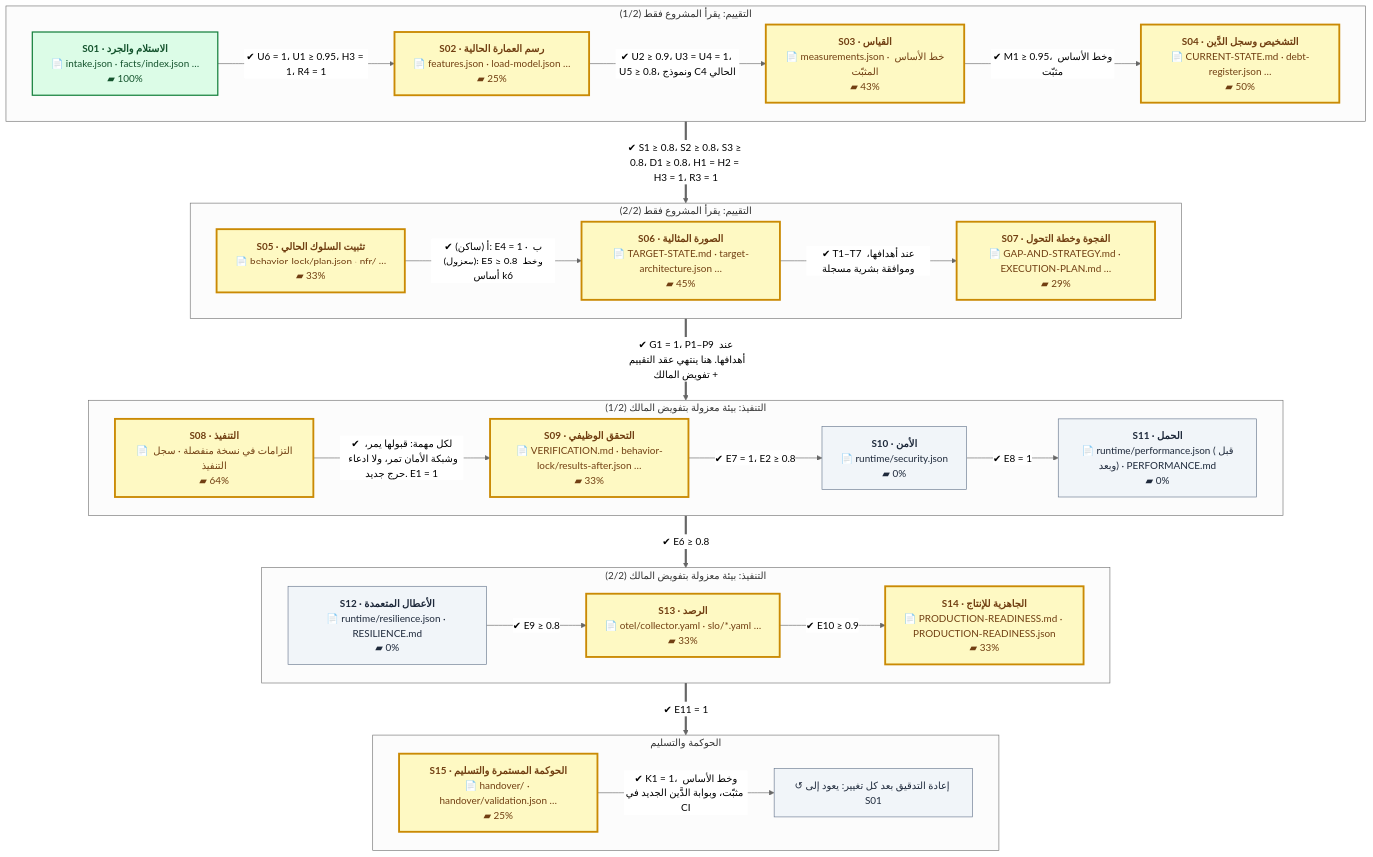
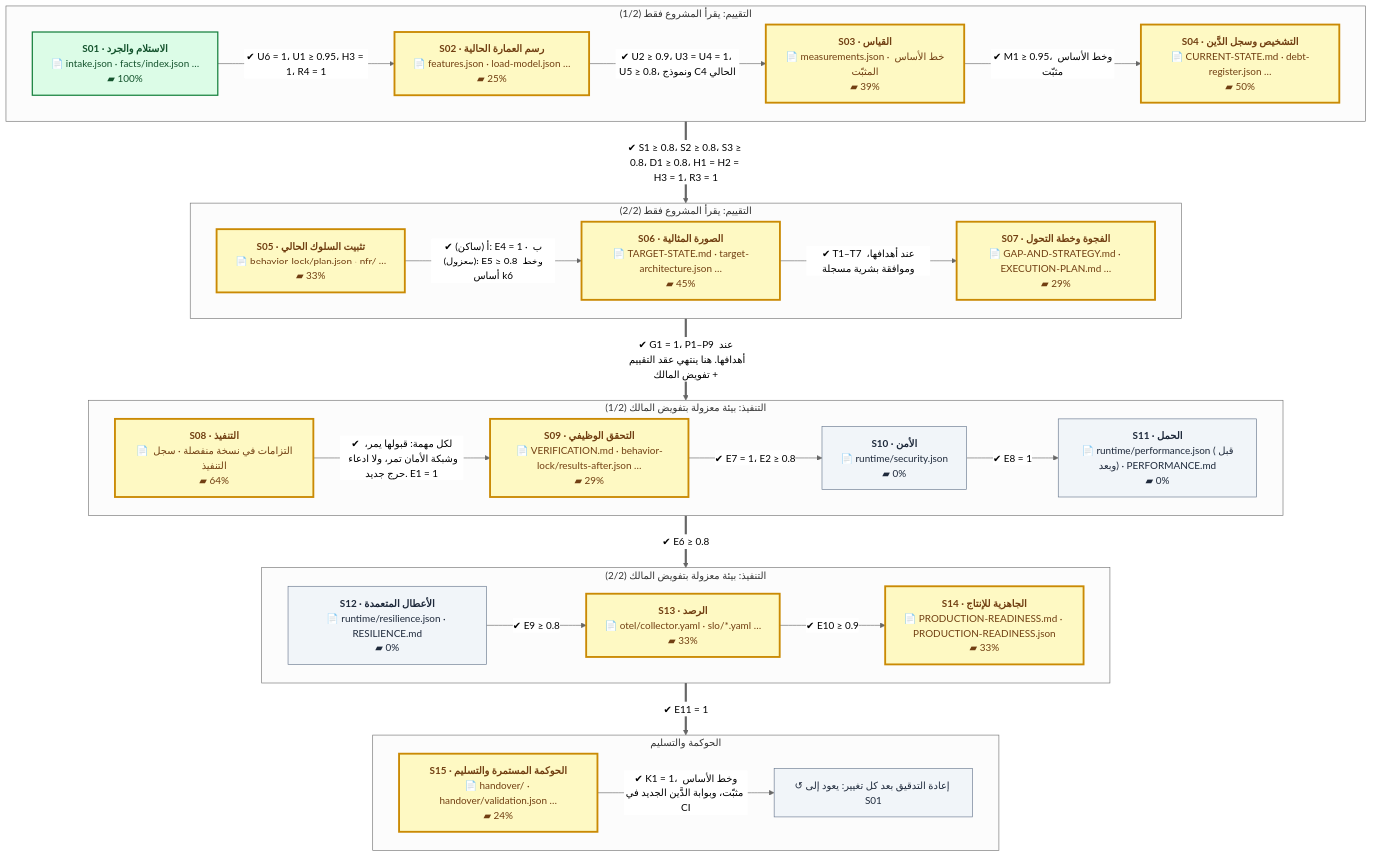
The first of 2 diagrams in README.md (eom1417/engineering-audit-os), drawn with Mermaid (neutral theme) before and after one commit. The commit also changed other lines of this file and 6 other files, not shown here.

First line of the commit message:
STEP 1 of NS46.T16: re-plan every existing target (four projects + EAOS roadmap), planned

````diff
--- a/README.md
+++ b/README.md
@@ -52,54 +52,54 @@
 ```mermaid
 %%{init: {'flowchart': {'wrappingWidth': 260, 'nodeSpacing': 40, 'rankSpacing': 60}}}%%
 flowchart TB
     subgraph P1["التقييم: يقرأ المشروع فقط (1/2)"]
         direction LR
         S01["<b>S01 · الاستلام والجرد</b><br/>📄 intake.json · facts/index.json …<br/>▰ 100%"]:::done
         S02["<b>S02 · رسم العمارة الحالية</b><br/>📄 features.json · load-model.json …<br/>▰ 25%"]:::current
-        S03["<b>S03 · القياس</b><br/>📄 measurements.json · خط الأساس المثبّت<br/>▰ 43%"]:::current
+        S03["<b>S03 · القياس</b><br/>📄 measurements.json · خط الأساس المثبّت<br/>▰ 39%"]:::current
         S04["<b>S04 · التشخيص وسجل الدَّين</b><br/>📄 CURRENT-STATE.md · debt-register.json …<br/>▰ 50%"]:::current
         S01 -->|"✔ U6 = 1، U1 ≥ 0.95، H3 = 1، R4 = 1"| S02
         S02 -->|"✔ U2 ≥ 0.9، U3 = U4 = 1، U5 ≥ 0.8، ونموذج C4 الحالي"| S03
         S03 -->|"✔ M1 ≥ 0.95، وخط الأساس مثبّت"| S04
     end
     subgraph P2["التقييم: يقرأ المشروع فقط (2/2)"]
         direction LR
         S05["<b>S05 · تثبيت السلوك الحالي</b><br/>📄 behavior-lock/plan.json · nfr/ …<br/>▰ 33%"]:::current
         S06["<b>S06 · الصورة المثالية</b><br/>📄 TARGET-STATE.md · target-architecture.json …<br/>▰ 45%"]:::current
         S07["<b>S07 · الفجوة وخطة التحول</b><br/>📄 GAP-AND-STRATEGY.md · EXECUTION-PLAN.md …<br/>▰ 29%"]:::current
         S05 -->|"✔ أ (ساكن): E4 = 1 · ب (معزول): E5 ≥ 0.8 وخط أساس k6"| S06
         S06 -->|"✔ T1–T7 عند أهدافها، وموافقة بشرية مسجلة"| S07
     end
     subgraph P3["التنفيذ: بيئة معزولة بتفويض المالك (1/2)"]
         direction LR
         S08["<b>S08 · التنفيذ</b><br/>📄 التزامات في نسخة منفصلة · سجل التنفيذ<br/>▰ 64%"]:::current
-        S09["<b>S09 · التحقق الوظيفي</b><br/>📄 VERIFICATION.md · behavior-lock/results-after.json …<br/>▰ 33%"]:::current
+        S09["<b>S09 · التحقق الوظيفي</b><br/>📄 VERIFICATION.md · behavior-lock/results-after.json …<br/>▰ 29%"]:::current
         S10["<b>S10 · الأمن</b><br/>📄 runtime/security.json<br/>▰ 0%"]:::next
         S11["<b>S11 · الحمل</b><br/>📄 runtime/performance.json (قبل وبعد) · PERFORMANCE.md<br/>▰ 0%"]:::next
         S08 -->|"✔ لكل مهمة: قبولها يمر، وشبكة الأمان تمر، ولا ادعاء حرج جديد. E1 = 1"| S09
         S09 -->|"✔ E7 = 1، E2 ≥ 0.8"| S10
         S10 -->|"✔ E8 = 1"| S11
     end
     subgraph P4["التنفيذ: بيئة معزولة بتفويض المالك (2/2)"]
         direction LR
         S12["<b>S12 · الأعطال المتعمدة</b><br/>📄 runtime/resilience.json · RESILIENCE.md<br/>▰ 0%"]:::next
         S13["<b>S13 · الرصد</b><br/>📄 otel/collector.yaml · slo/*.yaml …<br/>▰ 33%"]:::current
         S14["<b>S14 · الجاهزية للإنتاج</b><br/>📄 PRODUCTION-READINESS.md · PRODUCTION-READINESS.json<br/>▰ 33%"]:::current
         S12 -->|"✔ E9 ≥ 0.8"| S13
         S13 -->|"✔ E10 ≥ 0.9"| S14
     end
     subgraph P5["الحوكمة والتسليم"]
         direction LR
-        S15["<b>S15 · الحوكمة المستمرة والتسليم</b><br/>📄 handover/ · handover/validation.json …<br/>▰ 25%"]:::current
+        S15["<b>S15 · الحوكمة المستمرة والتسليم</b><br/>📄 handover/ · handover/validation.json …<br/>▰ 24%"]:::current
         LOOP["↺ إعادة التدقيق بعد كل تغيير: يعود إلى S01"]:::next
         S15 -->|"✔ K1 = 1، وخط الأساس مثبّت، وبوابة الدَّين الجديد في CI"| LOOP
     end
     P1 ==>|"✔ S1 ≥ 0.8، S2 ≥ 0.8، S3 ≥ 0.8، D1 ≥ 0.8، H1 = H2 = H3 = 1، R3 = 1"| P2
     P2 ==>|"✔ G1 = 1، P1–P9 عند أهدافها. هنا ينتهي عقد التقييم + تفويض المالك"| P3
     P3 ==>|"✔ E6 ≥ 0.8"| P4
     P4 ==>|"✔ E11 = 1"| P5
     classDef done fill:#dcfce7,stroke:#15803d,color:#14532d,stroke-width:2px
     classDef current fill:#fef9c3,stroke:#ca8a04,color:#713f12,stroke-width:3px
     classDef next fill:#f1f5f9,stroke:#64748b,color:#1e293b
     classDef owner fill:#fee2e2,stroke:#b91c1c,color:#7f1d1d,stroke-dasharray:5 3
 ```
````
